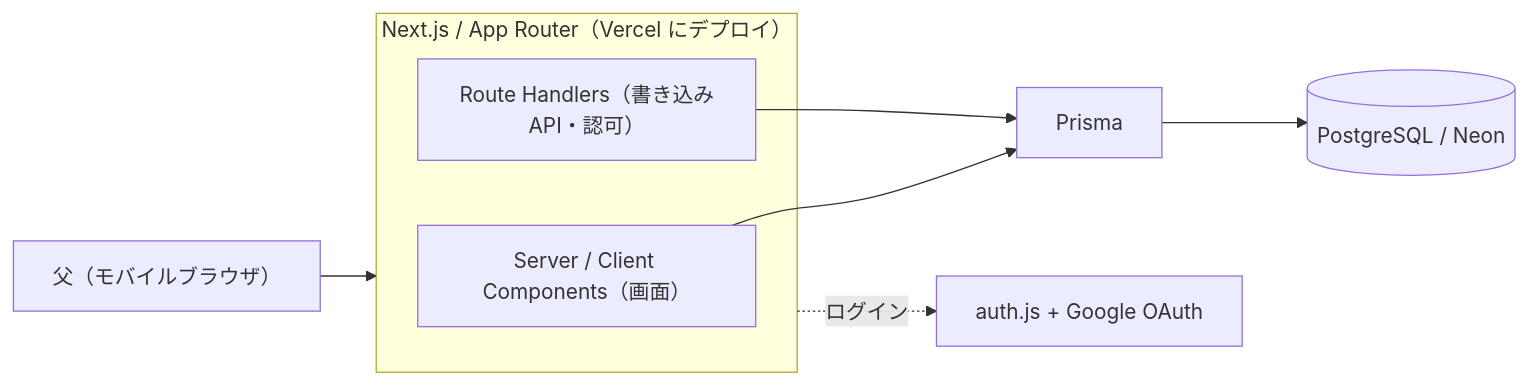
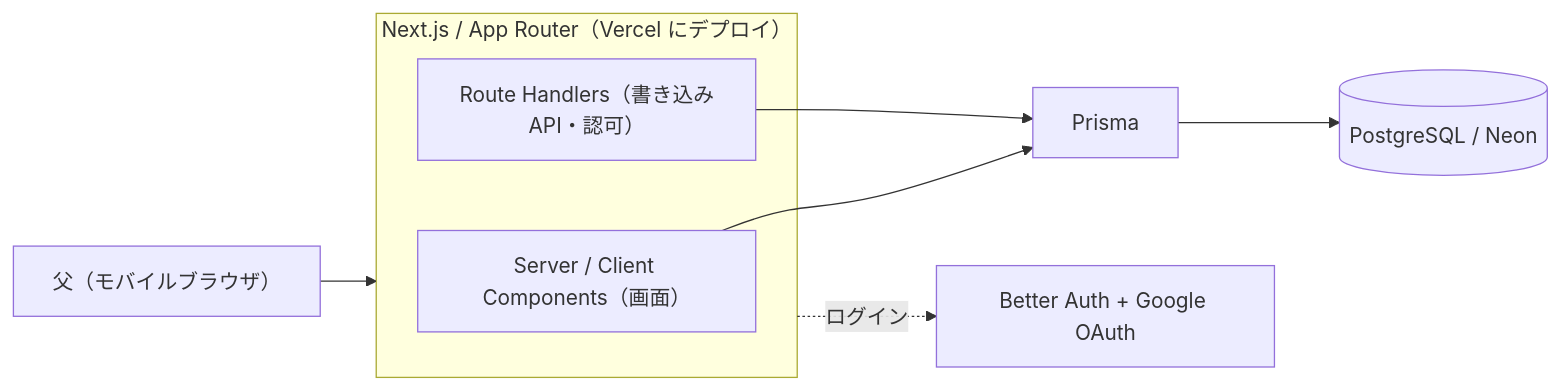
One commit to hduehgw0/mycellar changed the diagram in README.md. Above: the diagram before and after it, drawn with Mermaid. The commit also changed other lines of this file and 5 other files, not shown here.

Commit message:
docs: 認証ライブラリを Better Auth に再選定し ADR-0010 と関連ドキュメントを更新

````diff
--- a/README.md
+++ b/README.md
@@ -29,11 +29,11 @@
 ```mermaid
 flowchart LR
     U["父（モバイルブラウザ）"] --> APP
     subgraph APP["Next.js / App Router（Vercel にデプロイ）"]
       UI["Server / Client Components（画面）"]
       API["Route Handlers（書き込みAPI・認可）"]
     end
     API --> P["Prisma"] --> DB[("PostgreSQL / Neon")]
     UI --> P
-    APP -. ログイン .-> AUTH["auth.js + Google OAuth"]
+    APP -. ログイン .-> AUTH["Better Auth + Google OAuth"]
 ```
````
